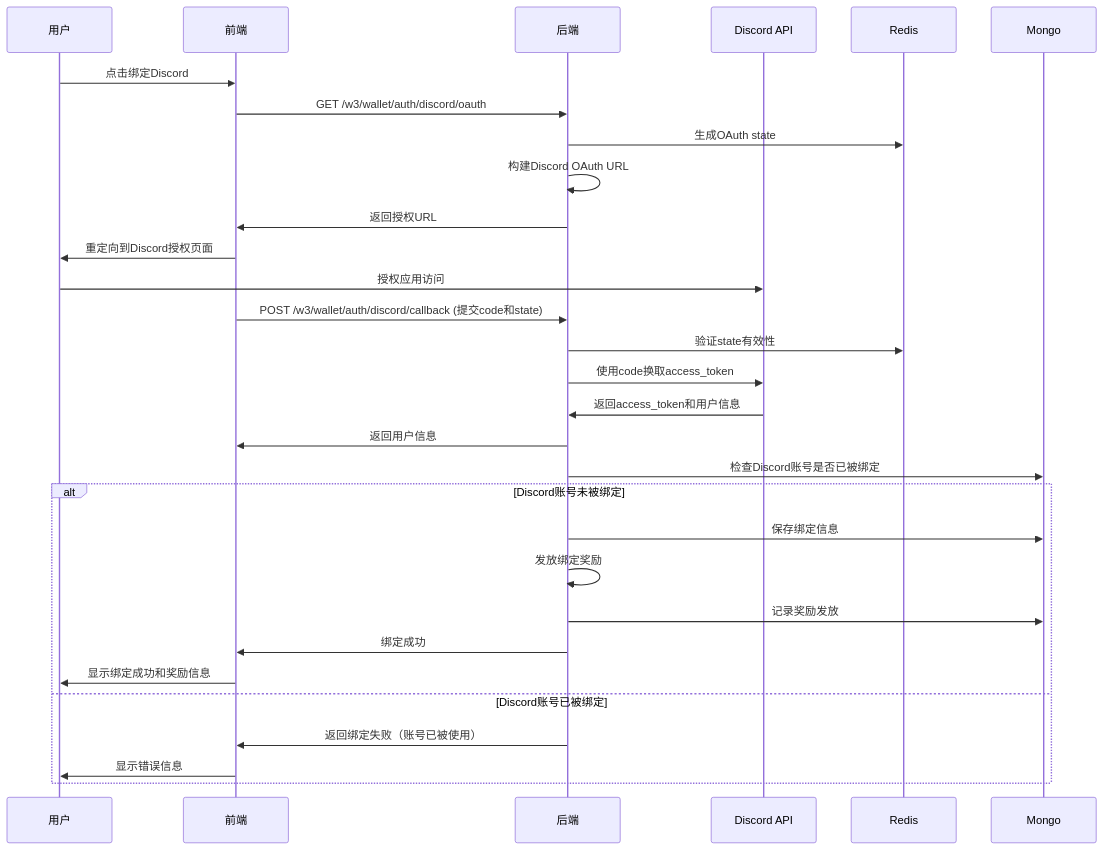
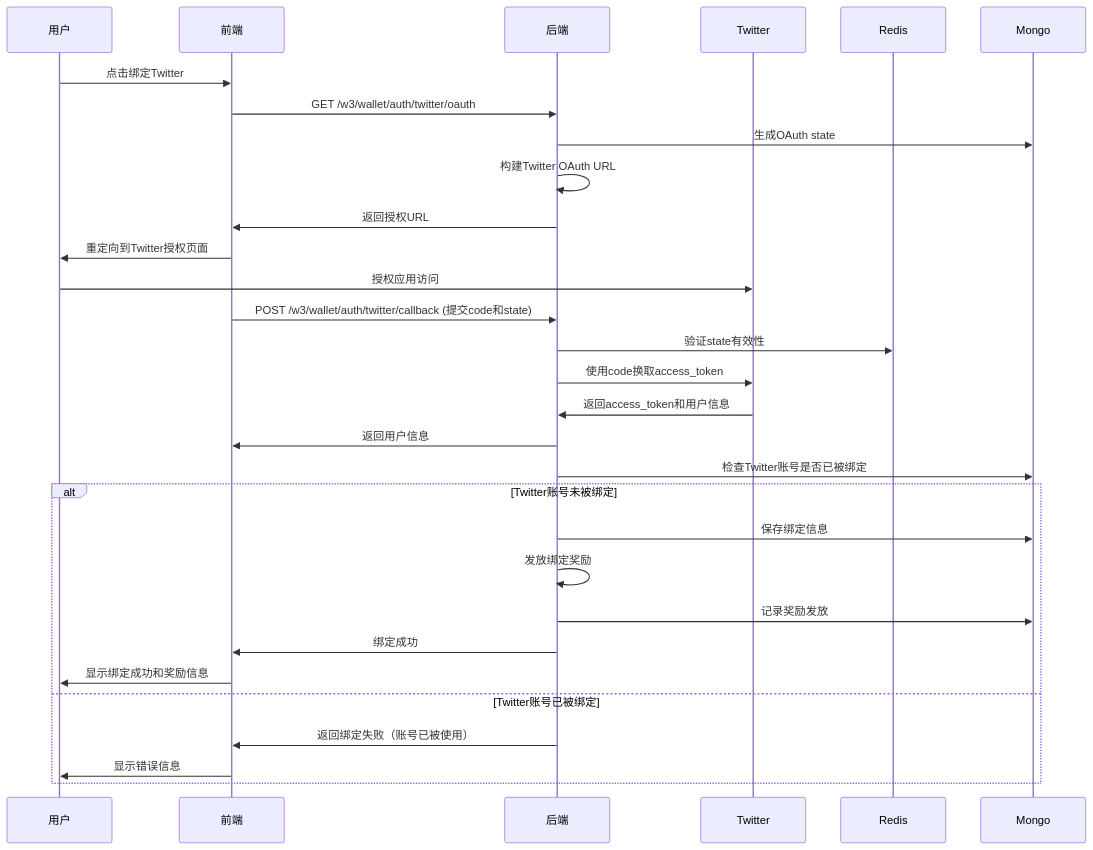
Before and after one commit to yingjianzh/iodraw-files: the diagram in all/未命名-76.md, drawn with Mermaid.

Commit message:
2025-07-08 10:55:07 update

````diff
--- a/all/未命名-76.md
+++ b/all/未命名-76.md
@@ -1,39 +1,39 @@
 ```mermaid
 
 sequenceDiagram
     participant User as 用户
     participant Frontend as 前端
     participant Backend as 后端
-    participant Discord as Discord API
+    participant Twitter as Twitter
     participant Redis as Redis
     participant DB as Mongo
 
 
 
-    User->>Frontend: 点击绑定Discord
-    Frontend->>Backend: GET /w3/wallet/auth/discord/oauth
-    Backend->>Redis: 生成OAuth state
-    Backend->>Backend: 构建Discord OAuth URL
+    User->>Frontend: 点击绑定Twitter
+    Frontend->>Backend: GET /w3/wallet/auth/twitter/oauth
+    Backend->>DB: 生成OAuth state
+    Backend->>Backend: 构建Twitter OAuth URL
     Backend->>Frontend: 返回授权URL
-    Frontend->>User: 重定向到Discord授权页面
+    Frontend->>User: 重定向到Twitter授权页面
     
-    User->>Discord: 授权应用访问
-    Frontend->>Backend: POST /w3/wallet/auth/discord/callback (提交code和state)
+    User->>Twitter: 授权应用访问
+    Frontend->>Backend: POST /w3/wallet/auth/twitter/callback (提交code和state)
     Backend->>Redis: 验证state有效性
-    Backend->>Discord: 使用code换取access_token
-    Discord->>Backend: 返回access_token和用户信息
+    Backend->>Twitter: 使用code换取access_token
+    Twitter->>Backend: 返回access_token和用户信息
     Backend->>Frontend: 返回用户信息
-    Backend->>DB: 检查Discord账号是否已被绑定
+    Backend->>DB: 检查Twitter账号是否已被绑定
     
-    alt Discord账号未被绑定
+    alt Twitter账号未被绑定
         Backend->>DB: 保存绑定信息
         Backend->>Backend: 发放绑定奖励
         Backend->>DB: 记录奖励发放
         Backend->>Frontend: 绑定成功
         Frontend->>User: 显示绑定成功和奖励信息
-    else Discord账号已被绑定
+    else Twitter账号已被绑定
         Backend->>Frontend: 返回绑定失败（账号已被使用）
         Frontend->>User: 显示错误信息
     end
 
 ```
````
